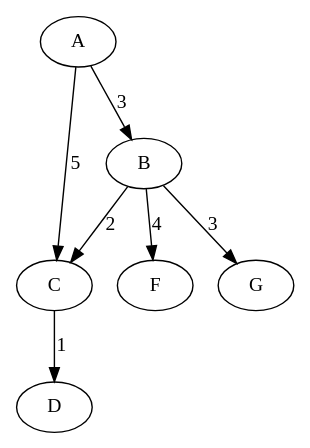
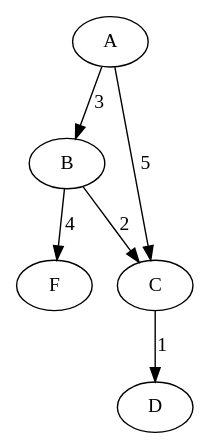
The diagram in src/graph.dot (anemon-a/Graphs), drawn with Graphviz before and after one commit. The commit also changed 6 other files, not shown here.

```diff
--- a/src/graph.dot
+++ b/src/graph.dot
@@ -1,7 +1,7 @@
-digraph G {
-    A -> B -> G [label="3"];
+digraph {
+    A -> B [label="3"];
     A -> C [label="5"];
     B -> C [label="2"];
     B -> F [label="4"];
     C -> D [label="1"];
 }
```
